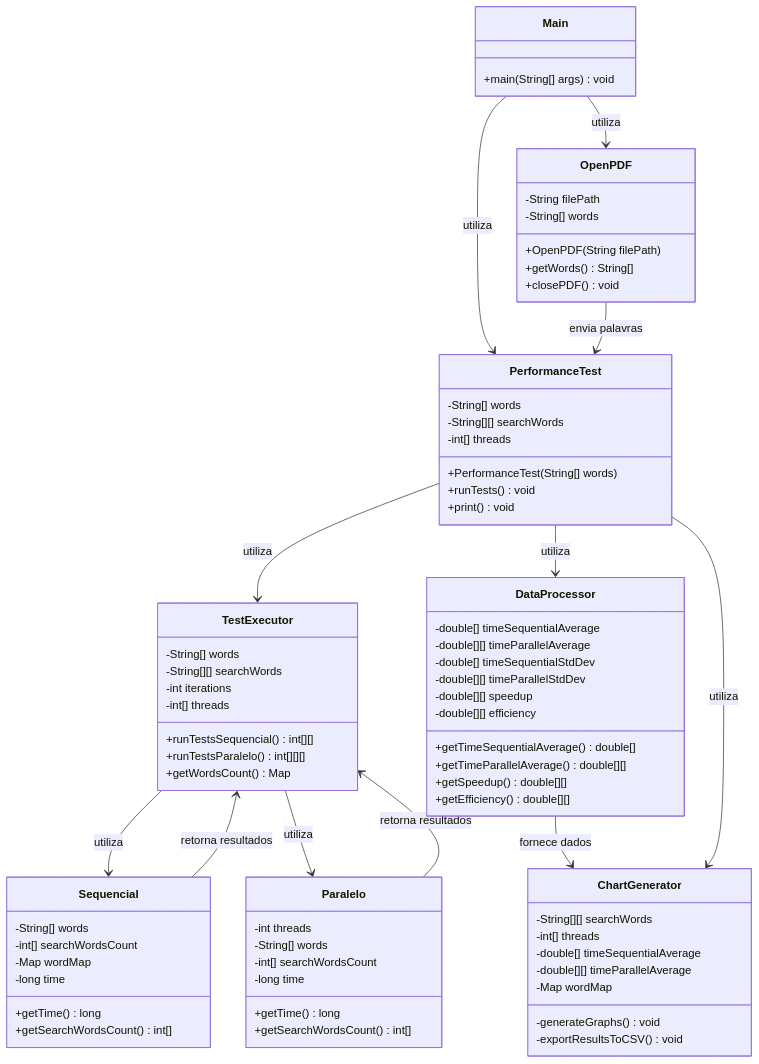
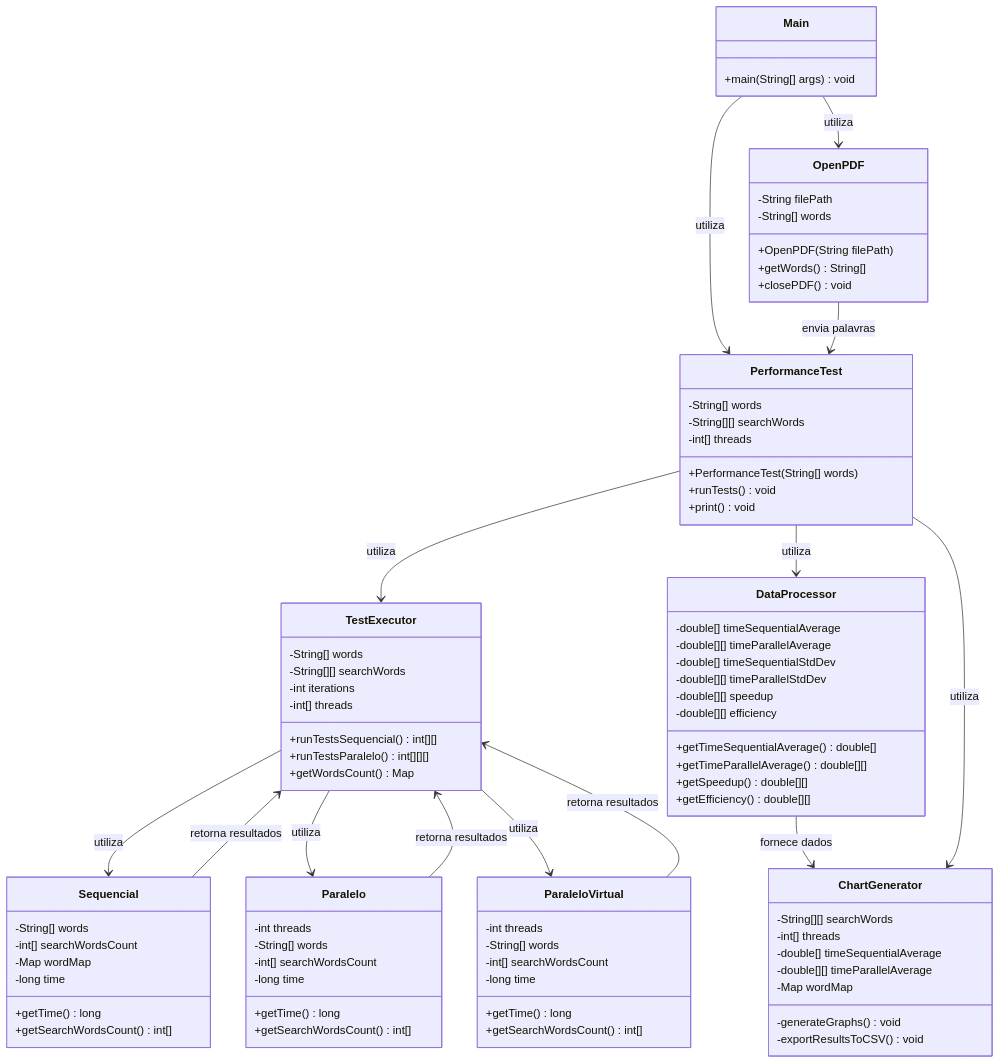
One commit to StephanyeCunto/Sistemas_Paralelos_Distribuidos changed the diagram in README.md. Above: the diagram before and after it, drawn with Mermaid. The commit also changed 19 other files, not shown here.

````diff
--- a/README.md
+++ b/README.md
@@ -82,6 +82,15 @@
         +getTime() long
         +getSearchWordsCount() int[]
     }
+
+    class ParaleloVirtual {
+        -int threads
+        -String[] words
+        -int[] searchWordsCount
+        -long time
+        +getTime() long
+        +getSearchWordsCount() int[]
+    }
     
     class DataProcessor {
         -double[] timeSequentialAverage
@@ -112,9 +121,12 @@
     PerformanceTest --> TestExecutor : utiliza
     TestExecutor --> Sequencial : utiliza
     TestExecutor --> Paralelo : utiliza
+    TestExecutor --> ParaleloVirtual : utiliza
     PerformanceTest --> DataProcessor : utiliza
     DataProcessor --> ChartGenerator : fornece dados
     PerformanceTest --> ChartGenerator : utiliza
     Sequencial --> TestExecutor : retorna resultados
     Paralelo --> TestExecutor : retorna resultados
+    ParaleloVirtual --> TestExecutor : retorna resultados
+
 ```
````
